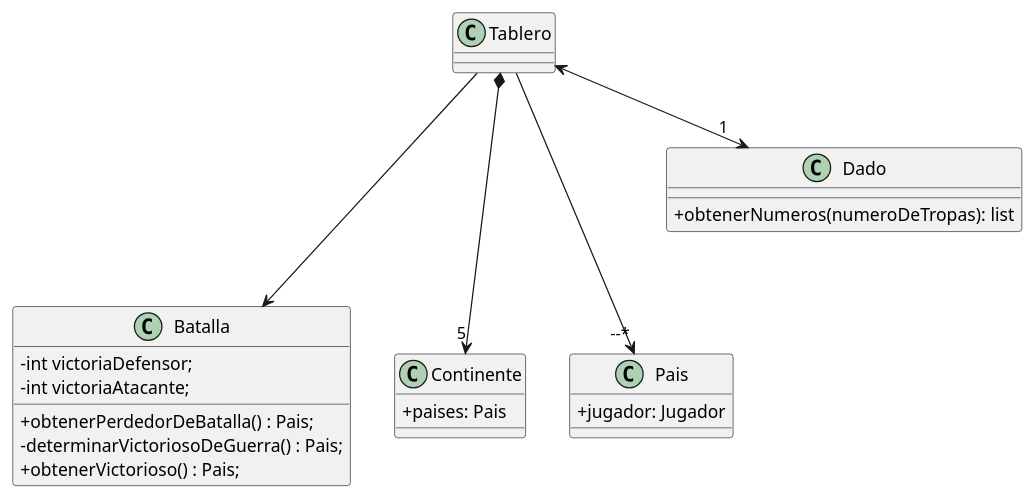
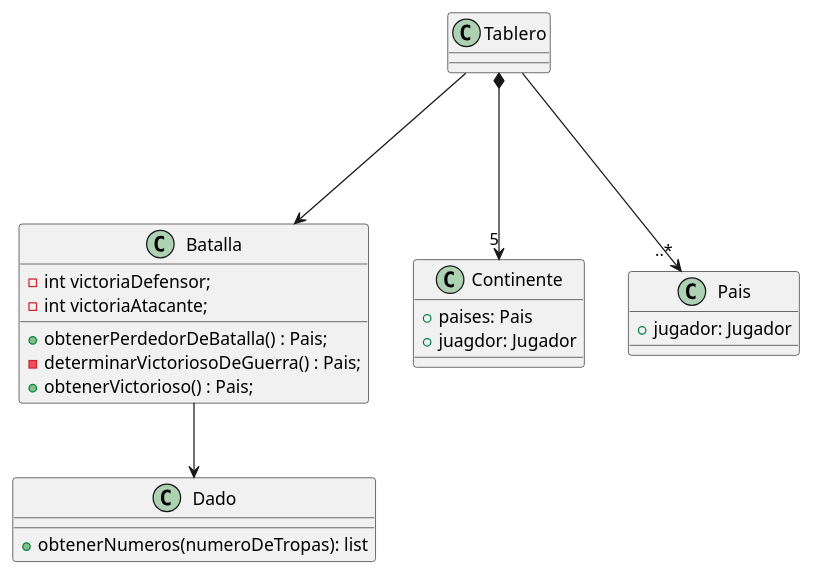
The diagram in diagramas/diagramaClaseTablero.plantuml (tomasshiao/TP2_Algo3), drawn with PlantUML before and after one commit. The commit also changed 11 other files, not shown here.

Commit message:
modifico diagramas agregoDiagramadeSecuencia

```diff
--- a/diagramas/diagramaClaseTablero.plantuml
+++ b/diagramas/diagramaClaseTablero.plantuml
@@ -1,37 +1,38 @@
 @startuml
-skinparam classAttributeIconSize 0
 
 
 class Tablero{
 
 }
 
 class Batalla{
     - int victoriaDefensor;
     - int victoriaAtacante;
     + obtenerPerdedorDeBatalla() : Pais;
     - determinarVictoriosoDeGuerra() : Pais;
     + obtenerVictorioso() : Pais;
 }
 
 class Continente{
     +paises: Pais
+    +juagdor: Jugador
 }
 
 class Pais{
     +jugador: Jugador
 }
 
 class Dado{
     +obtenerNumeros(numeroDeTropas): list
 }
 
 
 Tablero *---> "5" Continente
 Tablero ---> Batalla
-Tablero <--> "1" Dado
-Tablero ---> "--*" Pais
+Batalla-->Dado
+Tablero ---> "..*" Pais
+
 
 
 
 @enduml
```
